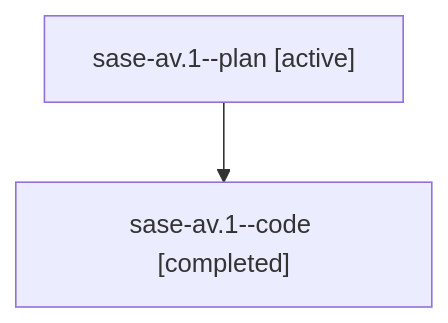
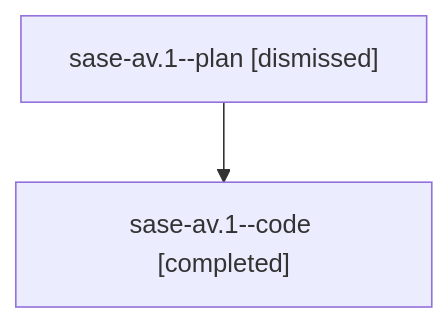
The diagram in sessions/bbugyi200.athena.sase-av.1.md (sase-org/sase--agents), drawn with Mermaid before and after one commit. The commit also changed other lines of this file and 91 other files, not shown here.

````diff
--- a/sessions/bbugyi200.athena.sase-av.1.md
+++ b/sessions/bbugyi200.athena.sase-av.1.md
@@ -9,6 +9,6 @@
 ```mermaid
 flowchart TD
-  n0["sase-av.1--plan [active]"]
+  n0["sase-av.1--plan [dismissed]"]
   n1["sase-av.1--code [completed]"]
   n0 --> n1
 ```
````
